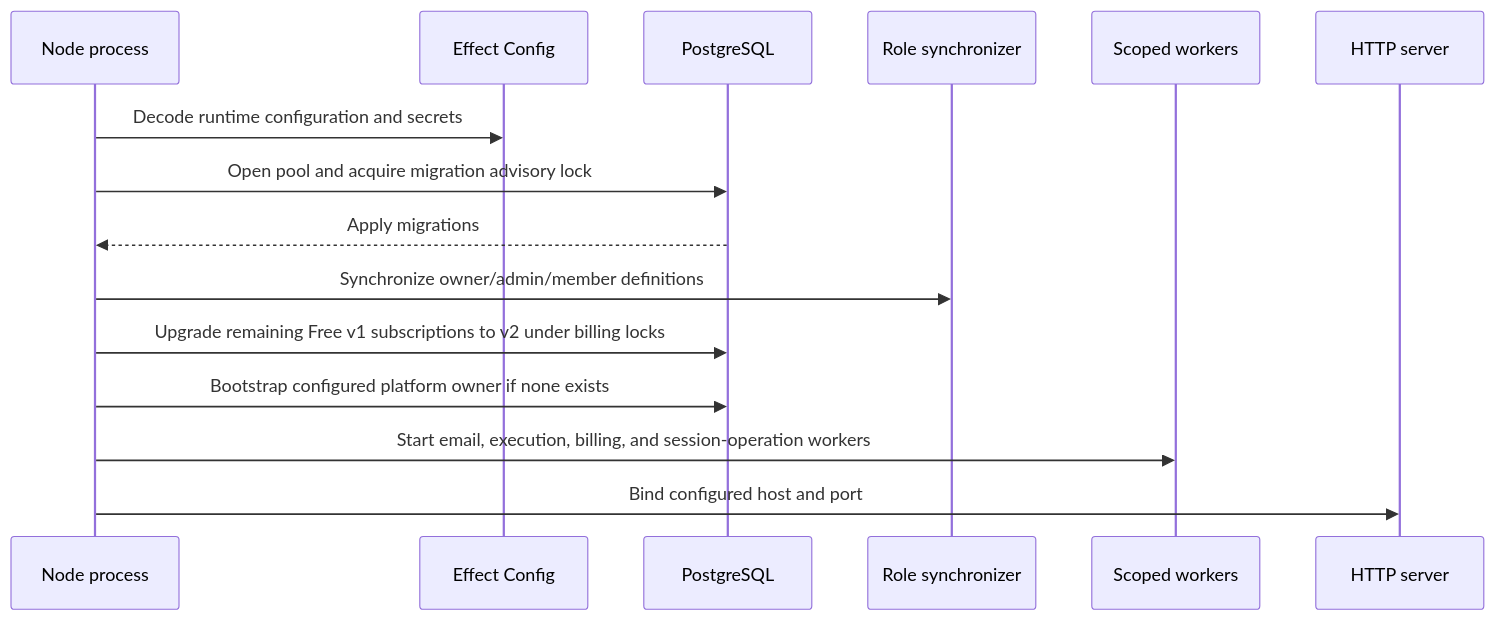
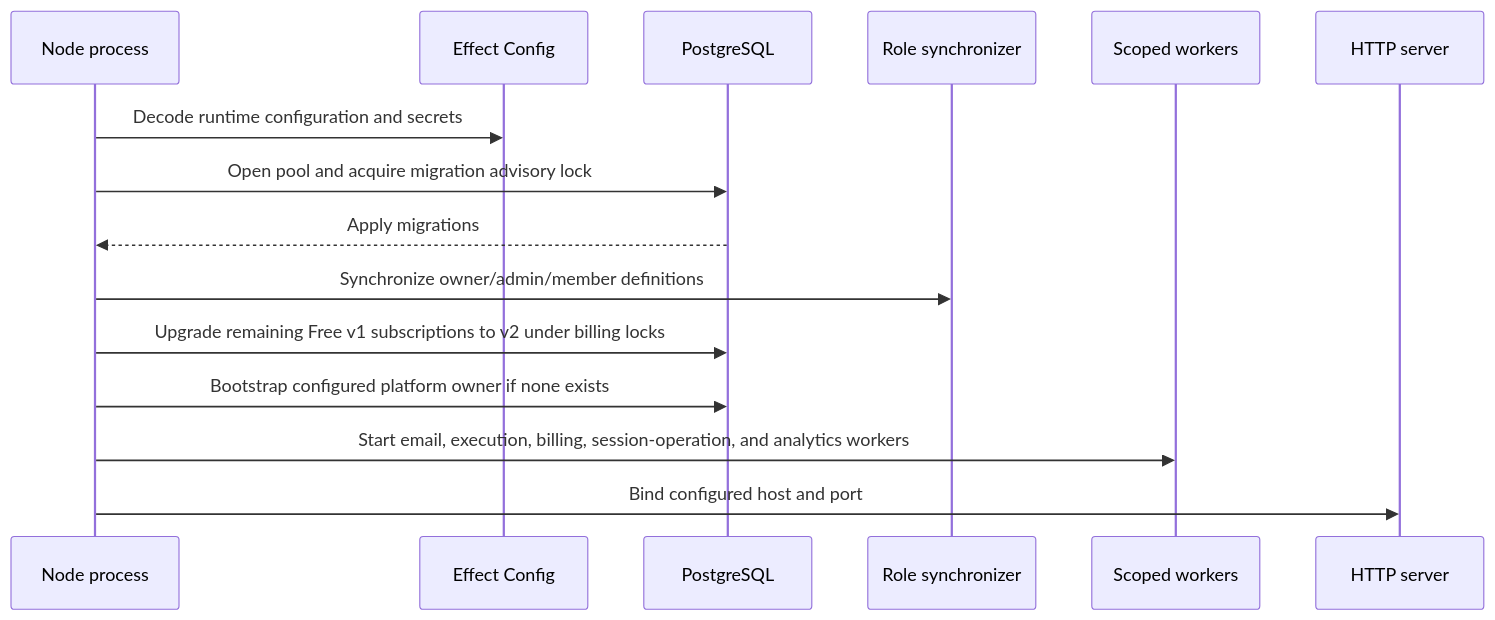
Before and after one commit to thenamespace/namera: the diagram in architecture/platform/runtime.md, drawn with Mermaid. The commit also changed other lines of this file and 47 other files, not shown here.

````diff
--- a/architecture/platform/runtime.md
+++ b/architecture/platform/runtime.md
@@ -9,18 +9,18 @@
 ```mermaid
 sequenceDiagram
   participant Process as Node process
   participant Config as Effect Config
   participant DB as PostgreSQL
   participant Roles as Role synchronizer
   participant Workers as Scoped workers
   participant HTTP as HTTP server
 
   Process->>Config: Decode runtime configuration and secrets
   Process->>DB: Open pool and acquire migration advisory lock
   DB-->>Process: Apply migrations
   Process->>Roles: Synchronize owner/admin/member definitions
   Process->>DB: Upgrade remaining Free v1 subscriptions to v2 under billing locks
   Process->>DB: Bootstrap configured platform owner if none exists
-  Process->>Workers: Start email, execution, billing, and session-operation workers
+  Process->>Workers: Start email, execution, billing, session-operation, and analytics workers
   Process->>HTTP: Bind configured host and port
 ```
````
